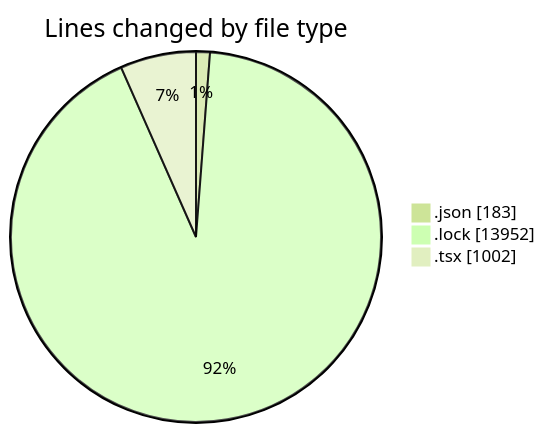
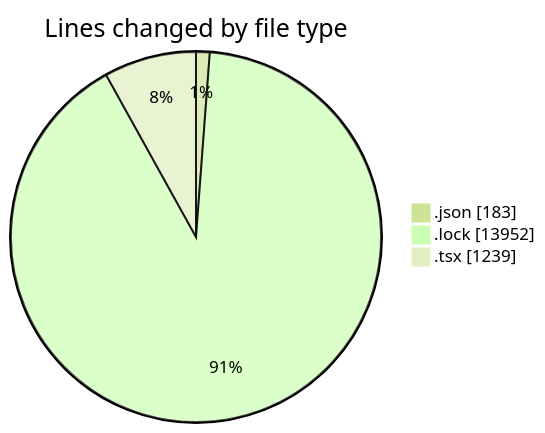
One commit to momahboobian/code-tracking changed the first of 2 diagrams in 2026-05-14/cda/README.md. Above: the diagram before and after it, drawn with Mermaid (forest theme). The commit also changed other lines of this file and 1 other file, not shown here.

````diff
--- a/2026-05-14/cda/README.md
+++ b/2026-05-14/cda/README.md
@@ -28,7 +29,7 @@
 ```mermaid
 pie showData
 title Lines changed by file type
 ".json" : 183
 ".lock" : 13952
-".tsx" : 1002
+".tsx" : 1239
 ```
````
